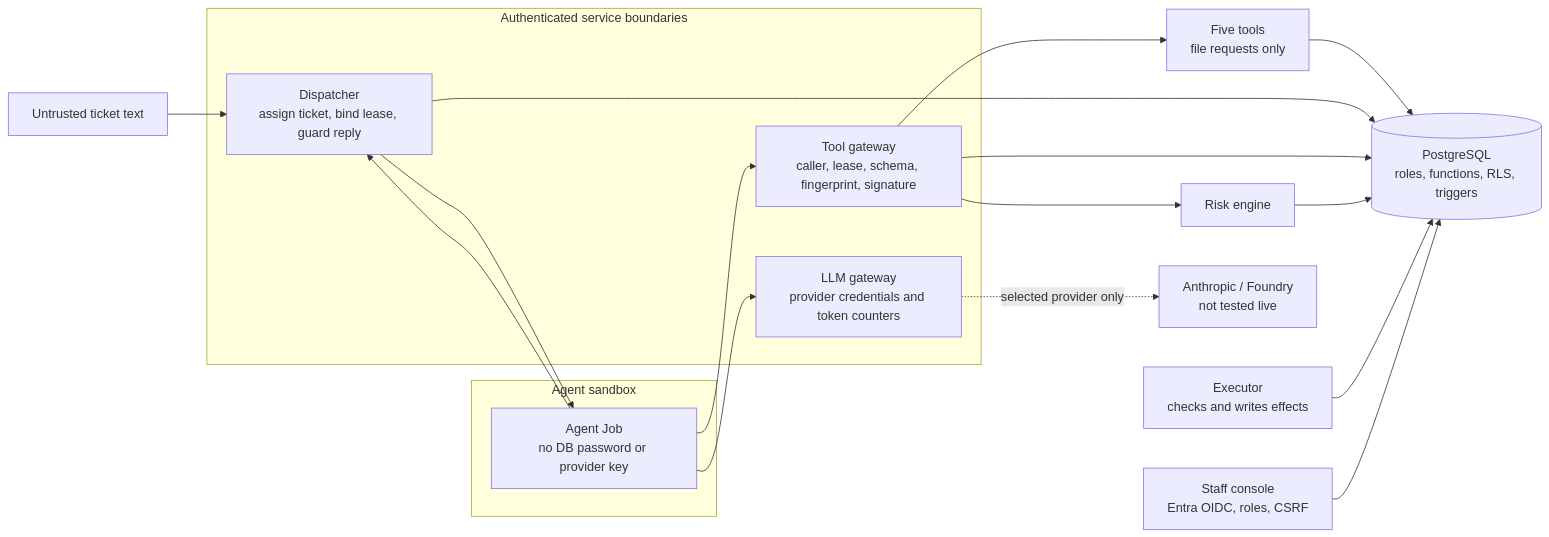
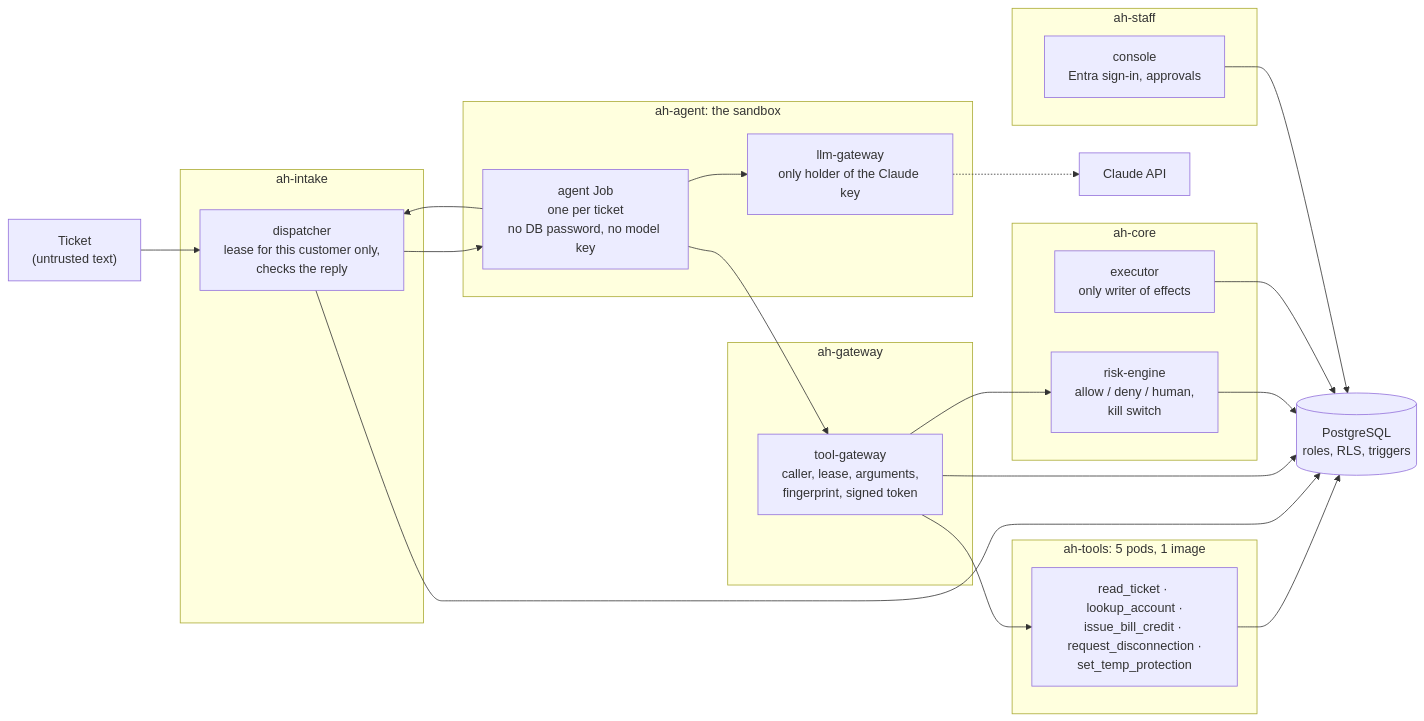
One commit to mikedemis1/assume-hijacked changed the diagram in README.md. Above: the diagram before and after it, drawn with Mermaid. The commit also changed other lines of this file and 21 other files, not shown here.

````diff
--- a/README.md
+++ b/README.md
@@ -18,25 +11,38 @@
 ```mermaid
 flowchart LR
-    Ticket["Untrusted ticket text"] --> Dispatcher
-    subgraph untrusted["Agent sandbox"]
-        Agent["Agent Job<br/>no DB password or provider key"]
+    Ticket["Ticket<br/>(untrusted text)"] --> Dispatcher
+    subgraph intake["ah-intake"]
+        Dispatcher["dispatcher<br/>lease for this customer only,<br/>checks the reply"]
     end
-    subgraph boundaries["Authenticated service boundaries"]
-        Dispatcher["Dispatcher<br/>assign ticket, bind lease, guard reply"]
-        Gateway["Tool gateway<br/>caller, lease, schema, fingerprint, signature"]
-        LLM["LLM gateway<br/>provider credentials and token counters"]
+    subgraph agentns["ah-agent: the sandbox"]
+        Agent["agent Job<br/>one per ticket<br/>no DB password, no model key"]
+        LLM["llm-gateway<br/>only holder of the Claude key"]
     end
+    subgraph gw["ah-gateway"]
+        Gateway["tool-gateway<br/>caller, lease, arguments,<br/>fingerprint, signed token"]
+    end
+    subgraph core["ah-core"]
+        Risk["risk-engine<br/>allow / deny / human,<br/>kill switch"]
+        Executor["executor<br/>only writer of effects"]
+    end
+    subgraph tools["ah-tools: 5 pods, 1 image"]
+        Tools["read_ticket · lookup_account ·<br/>issue_bill_credit · request_disconnection ·<br/>set_temp_protection"]
+    end
+    subgraph staff["ah-staff"]
+        Console["console<br/>Entra sign-in, approvals"]
+    end
+    DB[("PostgreSQL<br/>roles, RLS, triggers")]
     Dispatcher --> Agent
     Agent --> Dispatcher
+    Agent --> LLM
+    LLM -.-> Claude["Claude API"]
     Agent --> Gateway
-    Agent --> LLM
-    Gateway --> Risk["Risk engine"]
-    Gateway --> Tools["Five tools<br/>file requests only"]
-    Tools --> DB[("PostgreSQL<br/>roles, functions, RLS, triggers")]
+    Gateway --> Risk
+    Gateway --> Tools
+    Tools --> DB
     Dispatcher --> DB
     Gateway --> DB
     Risk --> DB
-    Executor["Executor<br/>checks and writes effects"] --> DB
-    Console["Staff console<br/>Entra OIDC, roles, CSRF"] --> DB
-    LLM -. "selected provider only" .-> Provider["Anthropic / Foundry<br/>not tested live"]
+    Executor --> DB
+    Console --> DB
 ```
````
